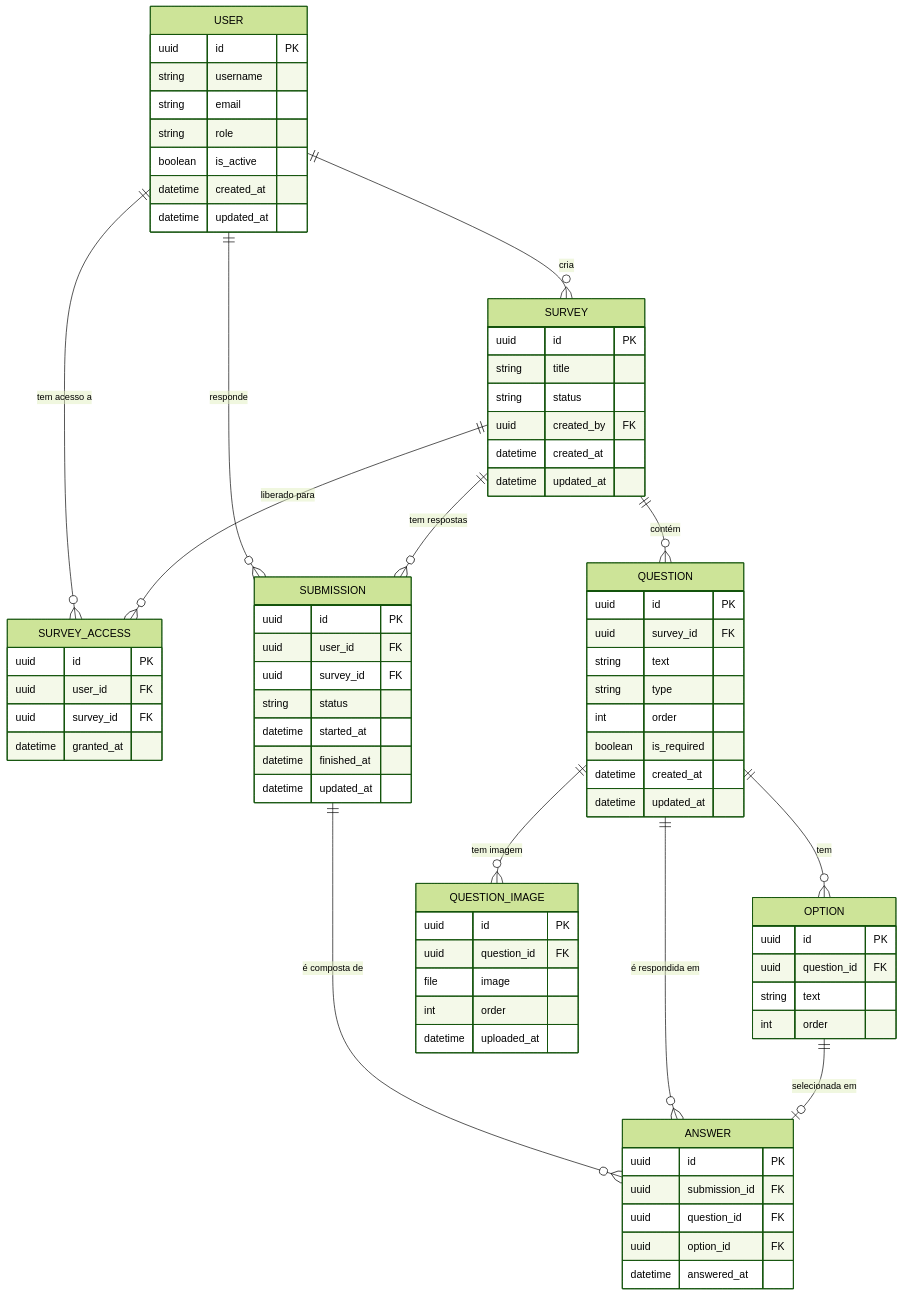
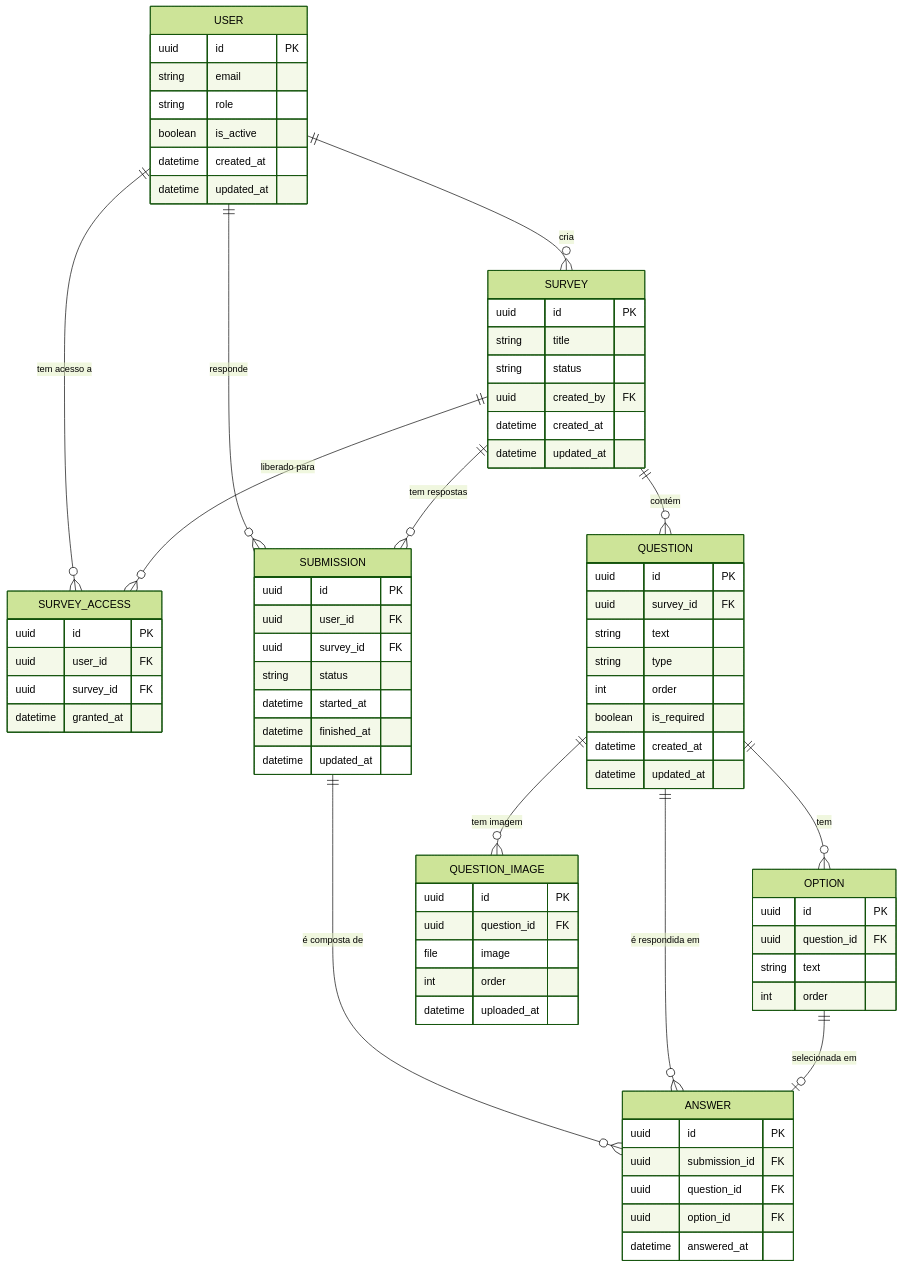
Before and after one commit to pdr-guilherme/api-questionarios: the diagram in uml.md, drawn with Mermaid (forest theme). The commit also changed 24 other files, not shown here.

```diff
--- a/uml.md
+++ b/uml.md
@@ -14,7 +14,6 @@
 
     USER {
         uuid id PK
-        string username
         string email
         string role
         boolean is_active
```
